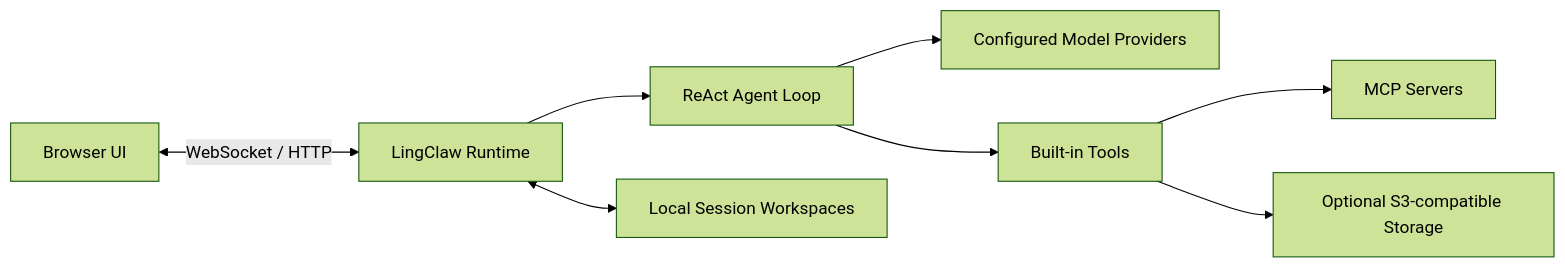
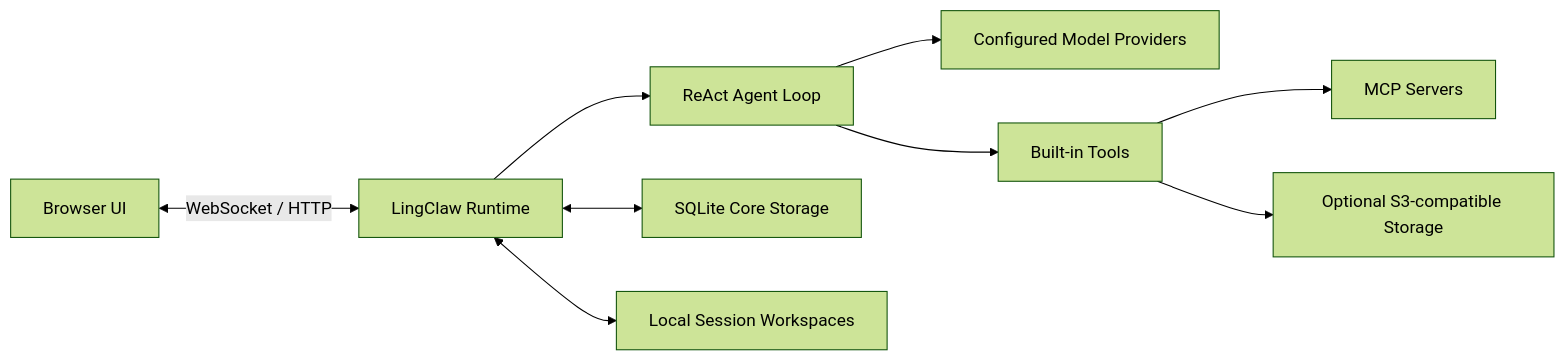
Before and after one commit to Linkq123/LingClaw: the diagram in README.en.md, drawn with Mermaid (forest theme). The commit also changed other lines of this file and 54 other files, not shown here.

Commit message:
feat(storage): introduce SQLite core storage

````diff
--- a/README.en.md
+++ b/README.en.md
@@ -165,10 +169,11 @@
 ```mermaid
 flowchart LR
     UI["Browser UI"] <-->|"WebSocket / HTTP"| Runtime["LingClaw Runtime"]
     Runtime --> Loop["ReAct Agent Loop"]
     Loop --> Providers["Configured Model Providers"]
     Loop --> Tools["Built-in Tools"]
     Tools --> MCP["MCP Servers"]
+    Runtime <--> DB["SQLite Core Storage"]
     Runtime <--> Store["Local Session Workspaces"]
     Tools --> S3["Optional S3-compatible Storage"]
 ```
````
